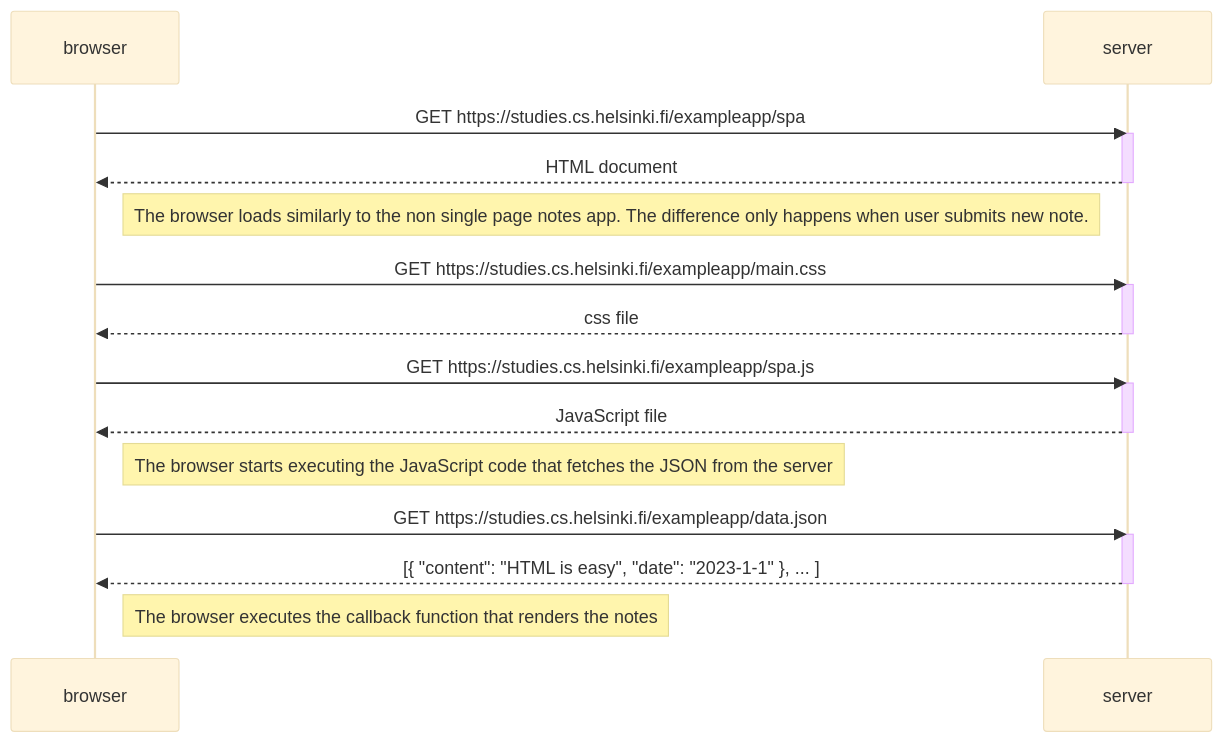
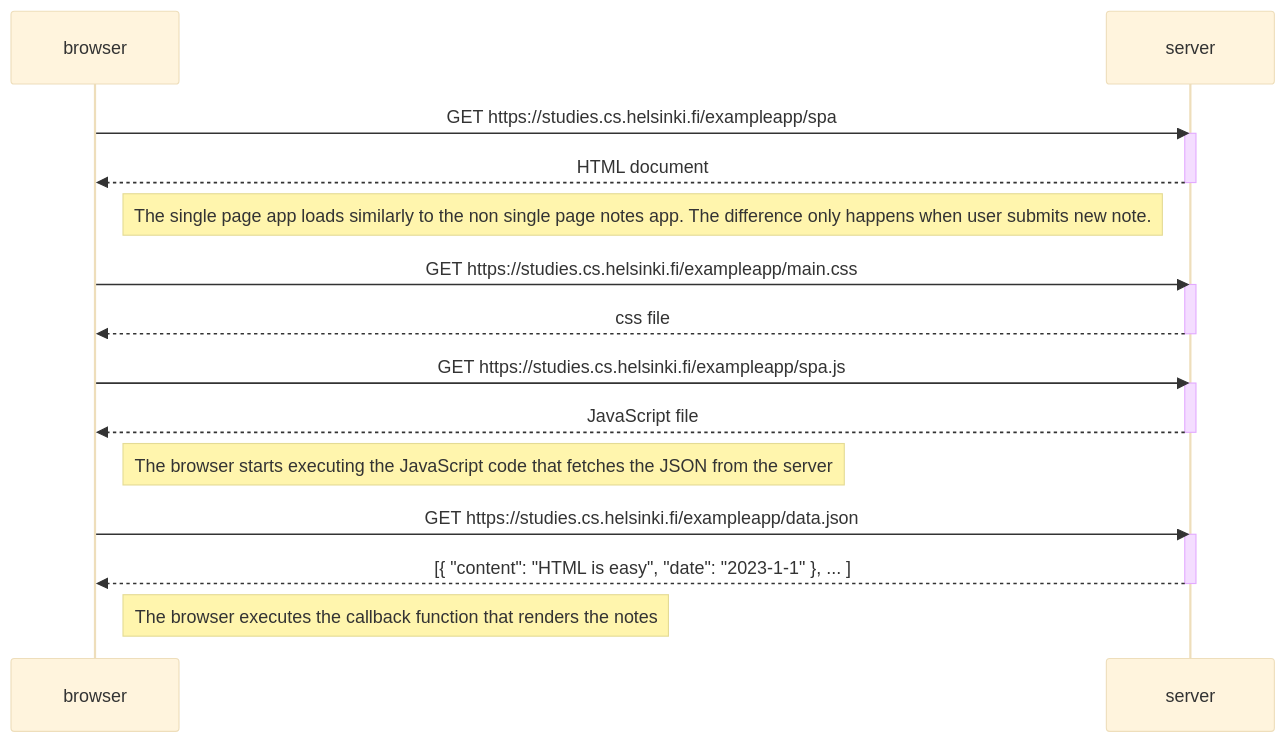
One commit to tyj916/fullstackopen changed the diagram in part0/exercise_0.5.md. Above: the diagram before and after it, drawn with Mermaid (base theme).

Commit message:
Update comment

````diff
--- a/part0/exercise_0.5.md
+++ b/part0/exercise_0.5.md
@@ -3,31 +3,31 @@
 ```mermaid
 sequenceDiagram
   participant browser
   participant server
 
   browser->>server: GET https://studies.cs.helsinki.fi/exampleapp/spa
   activate server
   server-->>browser: HTML document
   deactivate server
 
-  Note right of browser: The browser loads similarly to the non single page notes app. The difference only happens when user submits new note.
+  Note right of browser: The single page app loads similarly to the non single page notes app. The difference only happens when user submits new note.
 
   browser->>server: GET https://studies.cs.helsinki.fi/exampleapp/main.css
   activate server
   server-->>browser: css file
   deactivate server
 
   browser->>server: GET https://studies.cs.helsinki.fi/exampleapp/spa.js
   activate server
   server-->>browser: JavaScript file
   deactivate server
 
   Note right of browser: The browser starts executing the JavaScript code that fetches the JSON from the server
 
   browser->>server: GET https://studies.cs.helsinki.fi/exampleapp/data.json
   activate server
   server-->>browser: [{ "content": "HTML is easy", "date": "2023-1-1" }, ... ]
   deactivate server
 
   Note right of browser: The browser executes the callback function that renders the notes
 ```
````
